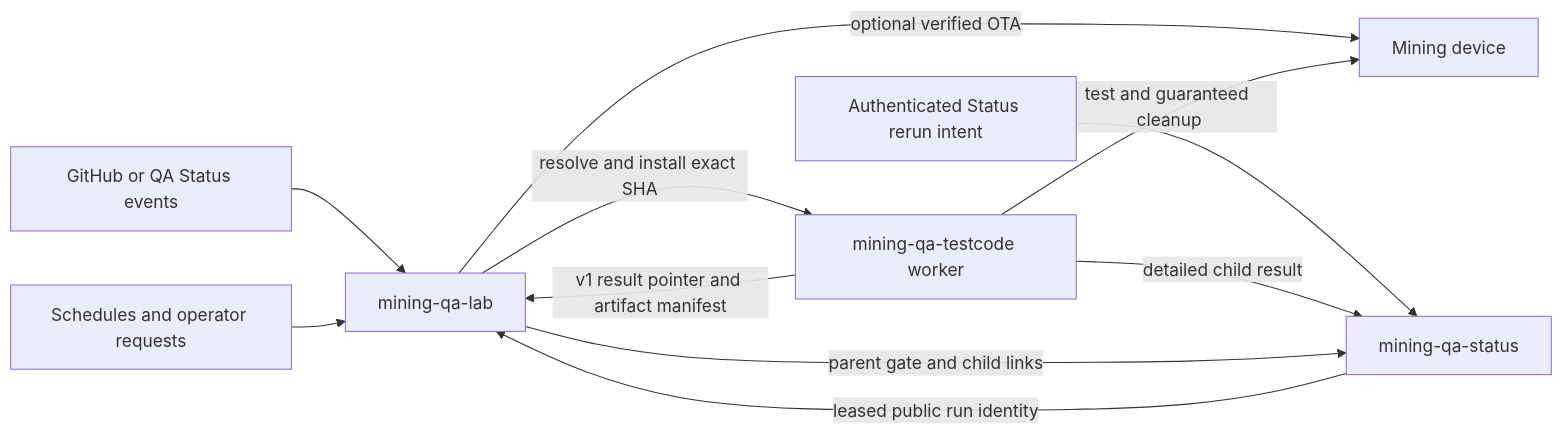
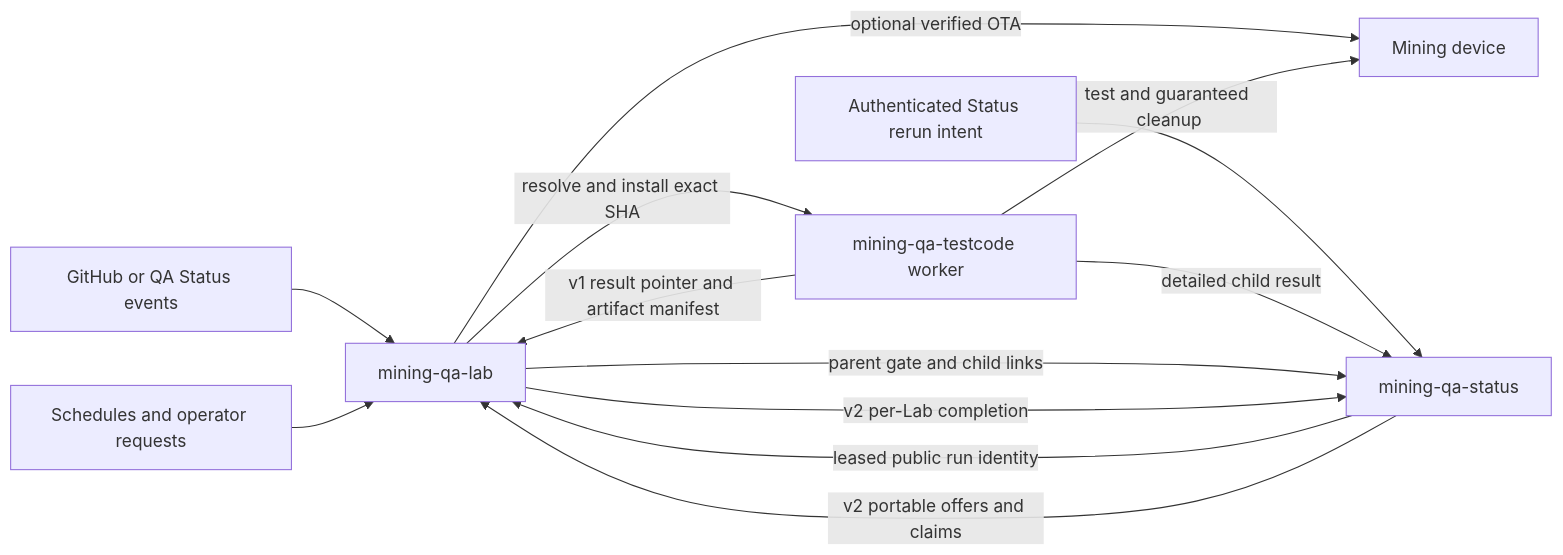
Before and after one commit to johnny9/mining-qa-lab: the diagram in specs/OVERVIEW.md, drawn with Mermaid. The commit also changed other lines of this file and 20 other files, not shown here.

````diff
--- a/specs/OVERVIEW.md
+++ b/specs/OVERVIEW.md
@@ -59,13 +68,15 @@
 ```mermaid
 flowchart LR
     E["GitHub or QA Status events"] --> L["mining-qa-lab"]
     O["Schedules and operator requests"] --> L
     U["Authenticated Status rerun intent"] --> Q
     Q -->|"leased public run identity"| L
     L -->|"resolve and install exact SHA"| T["mining-qa-testcode worker"]
     L -->|"optional verified OTA"| D["Mining device"]
     T -->|"test and guaranteed cleanup"| D
     T -->|"detailed child result"| Q["mining-qa-status"]
     T -->|"v1 result pointer and artifact manifest"| L
     L -->|"parent gate and child links"| Q
+    Q -->|"v2 portable offers and claims"| L
+    L -->|"v2 per-Lab completion"| Q
 ```
````
